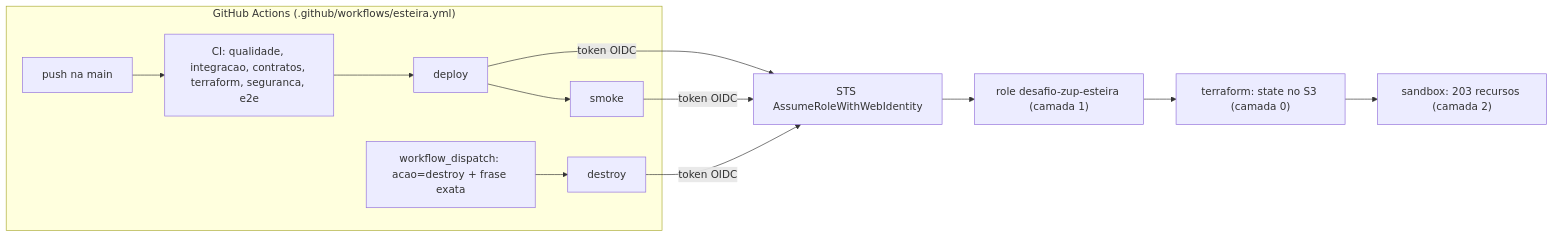
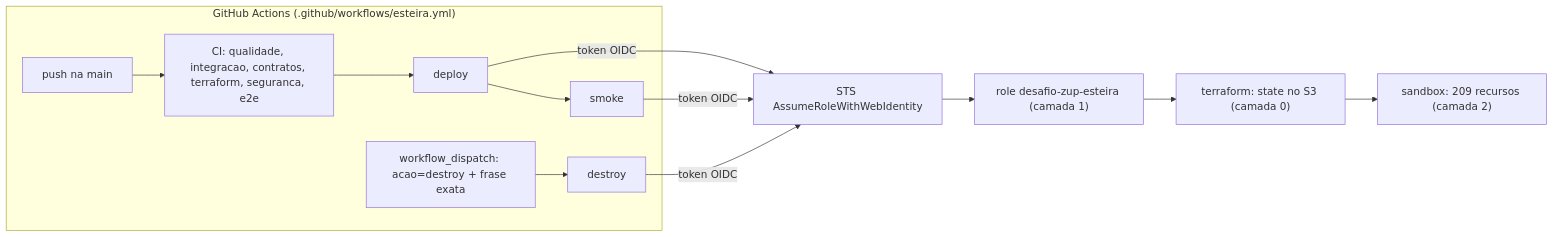
The diagram in docs/operacao/infraestrutura.md (giovanedms/desafio-zup), drawn with Mermaid before and after one commit. The commit also changed other lines of this file and 88 other files, not shown here.

````diff
--- a/docs/operacao/infraestrutura.md
+++ b/docs/operacao/infraestrutura.md
@@ -17,14 +17,14 @@
 ```mermaid
 flowchart LR
   subgraph GH["GitHub Actions (.github/workflows/esteira.yml)"]
     PUSH["push na main"] --> CI["CI: qualidade, integracao, contratos, terraform, seguranca, e2e"]
     CI --> DEP["deploy"] --> SMK["smoke"]
     DISP["workflow_dispatch: acao=destroy + frase exata"] --> DES["destroy"]
   end
   DEP -->|"token OIDC"| STS["STS AssumeRoleWithWebIdentity"]
   SMK -->|"token OIDC"| STS
   DES -->|"token OIDC"| STS
   STS --> ROLE["role desafio-zup-esteira (camada 1)"]
   ROLE --> TF["terraform: state no S3 (camada 0)"]
-  TF --> SBX["sandbox: 203 recursos (camada 2)"]
+  TF --> SBX["sandbox: 209 recursos (camada 2)"]
 ```
````
